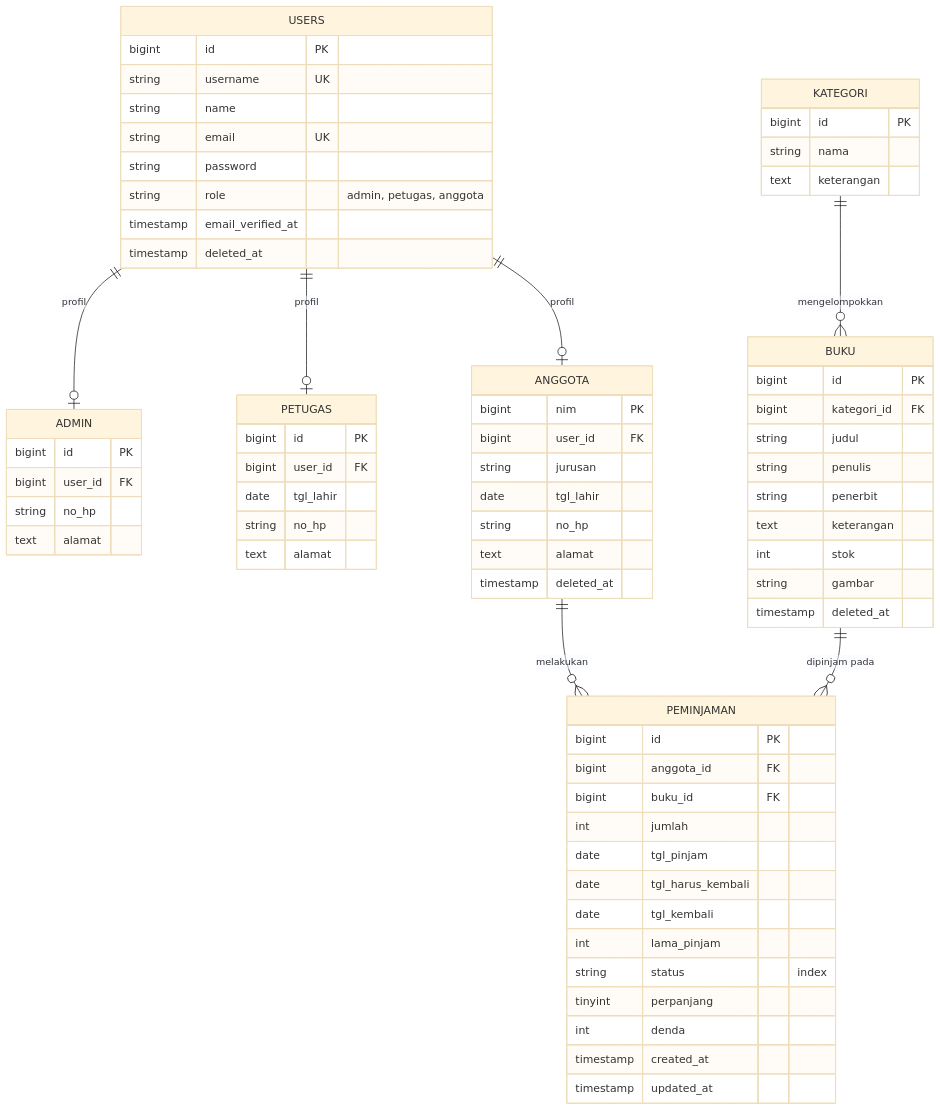
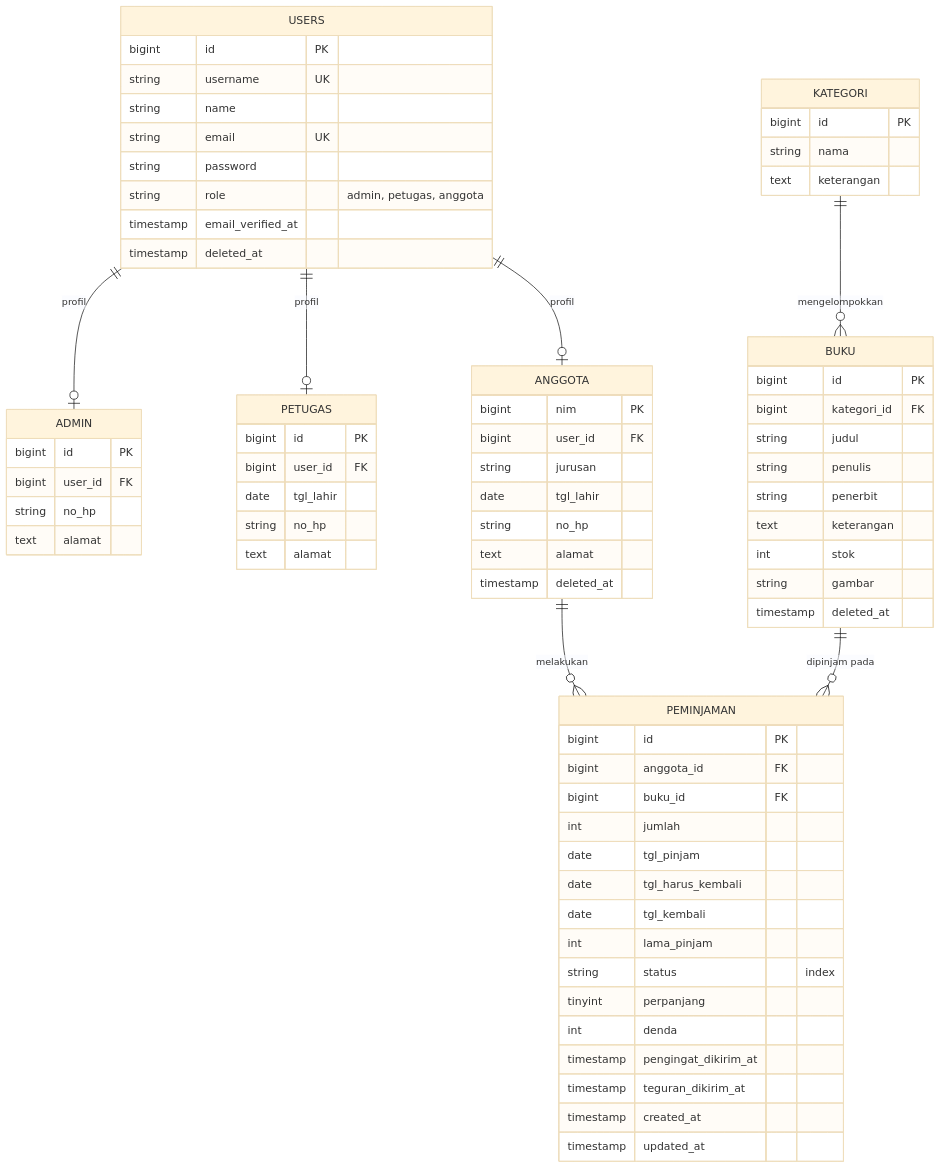
The first of 2 diagrams in README.md (Almasyriqi/Laravel_Web_Perpustakaan), drawn with Mermaid (base theme) before and after one commit. The commit also changed other lines of this file and 11 other files, not shown here.

First line of the commit message:
feat: email pengingat jatuh tempo & teguran keterlambatan via queue + scheduler

````diff
--- a/README.md
+++ b/README.md
@@ -144,73 +145,75 @@
 ```mermaid
 erDiagram
     USERS ||--o| ADMIN : "profil"
     USERS ||--o| PETUGAS : "profil"
     USERS ||--o| ANGGOTA : "profil"
     KATEGORI ||--o{ BUKU : "mengelompokkan"
     ANGGOTA ||--o{ PEMINJAMAN : "melakukan"
     BUKU ||--o{ PEMINJAMAN : "dipinjam pada"
 
     USERS {
         bigint id PK
         string username UK
         string name
         string email UK
         string password
         string role "admin, petugas, anggota"
         timestamp email_verified_at
         timestamp deleted_at
     }
     ADMIN {
         bigint id PK
         bigint user_id FK
         string no_hp
         text alamat
     }
     PETUGAS {
         bigint id PK
         bigint user_id FK
         date tgl_lahir
         string no_hp
         text alamat
     }
     ANGGOTA {
         bigint nim PK
         bigint user_id FK
         string jurusan
         date tgl_lahir
         string no_hp
         text alamat
         timestamp deleted_at
     }
     KATEGORI {
         bigint id PK
         string nama
         text keterangan
     }
     BUKU {
         bigint id PK
         bigint kategori_id FK
         string judul
         string penulis
         string penerbit
         text keterangan
         int stok
         string gambar
         timestamp deleted_at
     }
     PEMINJAMAN {
         bigint id PK
         bigint anggota_id FK
         bigint buku_id FK
         int jumlah
         date tgl_pinjam
         date tgl_harus_kembali
         date tgl_kembali
         int lama_pinjam
         string status "index"
         tinyint perpanjang
         int denda
+        timestamp pengingat_dikirim_at
+        timestamp teguran_dikirim_at
         timestamp created_at
         timestamp updated_at
     }
 ```
````
